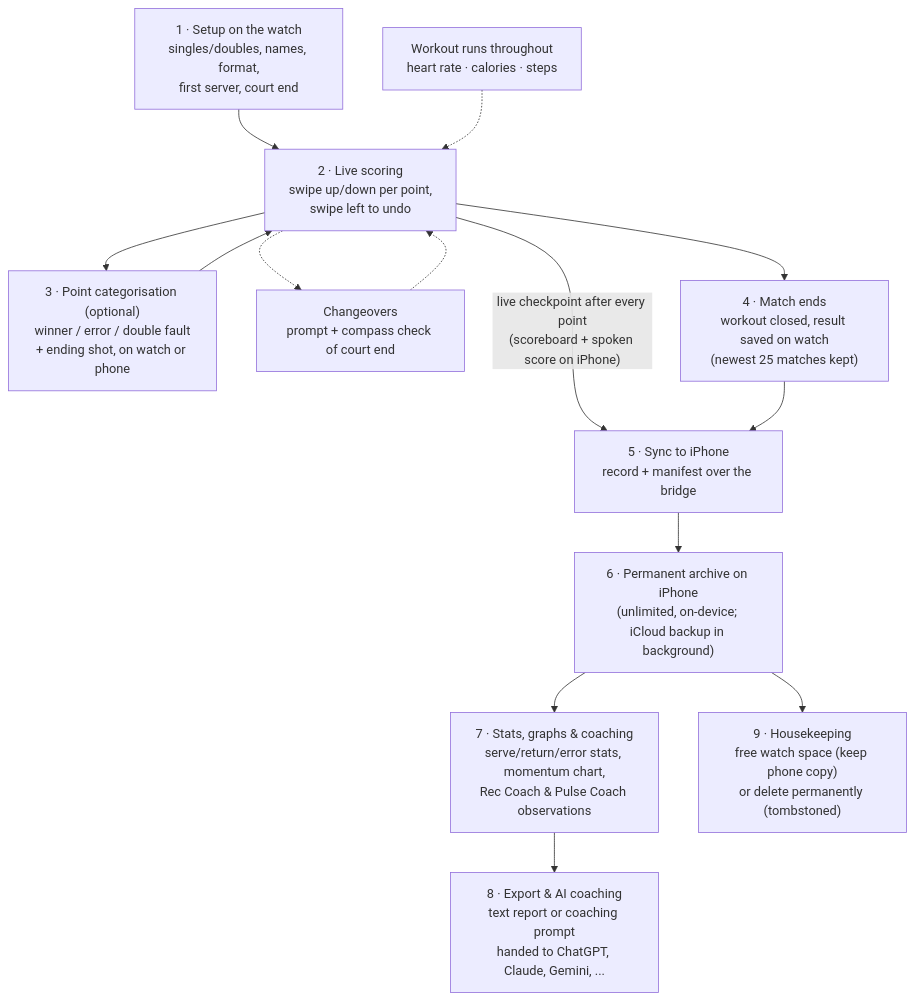
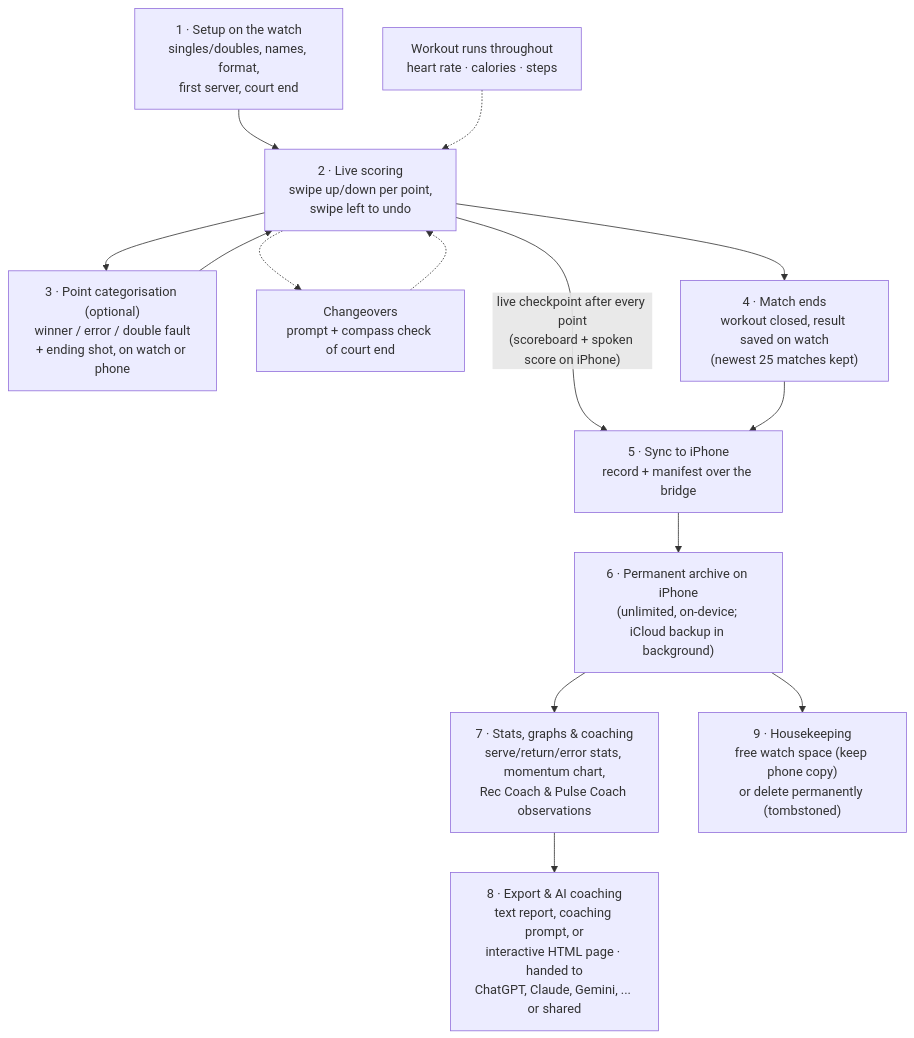
The diagram in docs/architecture/match-lifecycle.md (EMRahman/DeuceMate), drawn with Mermaid before and after one commit. The commit also changed other lines of this file and 1 other file, not shown here.

First line of the commit message:
docs: surface interactive HTML export in architecture narrative & topology

````diff
--- a/docs/architecture/match-lifecycle.md
+++ b/docs/architecture/match-lifecycle.md
@@ -7,28 +7,28 @@
 ```mermaid
 flowchart TD
     SETUP["1 · Setup on the watch<br/>singles/doubles, names, format,<br/>first server, court end"]
     SCORE["2 · Live scoring<br/>swipe up/down per point,<br/>swipe left to undo"]
     CAT["3 · Point categorisation (optional)<br/>winner / error / double fault<br/>+ ending shot, on watch or phone"]
     HEALTH["Workout runs throughout<br/>heart rate · calories · steps"]
     CHANGE["Changeovers<br/>prompt + compass check of court end"]
     END1["4 · Match ends<br/>workout closed, result saved on watch<br/>(newest 25 matches kept)"]
     SYNC["5 · Sync to iPhone<br/>record + manifest over the bridge"]
     ARCHIVE["6 · Permanent archive on iPhone<br/>(unlimited, on-device; iCloud backup in background)"]
     INSIGHT["7 · Stats, graphs & coaching<br/>serve/return/error stats, momentum chart,<br/>Rec Coach & Pulse Coach observations"]
-    EXPORT["8 · Export & AI coaching<br/>text report or coaching prompt<br/>handed to ChatGPT, Claude, Gemini, ..."]
+    EXPORT["8 · Export & AI coaching<br/>text report, coaching prompt, or<br/>interactive HTML page · handed to<br/>ChatGPT, Claude, Gemini, ... or shared"]
     MANAGE["9 · Housekeeping<br/>free watch space (keep phone copy)<br/>or delete permanently (tombstoned)"]
 
     SETUP --> SCORE
     SCORE --> CAT
     CAT --> SCORE
     SCORE -.-> CHANGE
     CHANGE -.-> SCORE
     HEALTH -.-> SCORE
     SCORE --> END1
     SCORE -- "live checkpoint after every point<br/>(scoreboard + spoken score on iPhone)" --> SYNC
     END1 --> SYNC
     SYNC --> ARCHIVE
     ARCHIVE --> INSIGHT
     INSIGHT --> EXPORT
     ARCHIVE --> MANAGE
 ```
````
